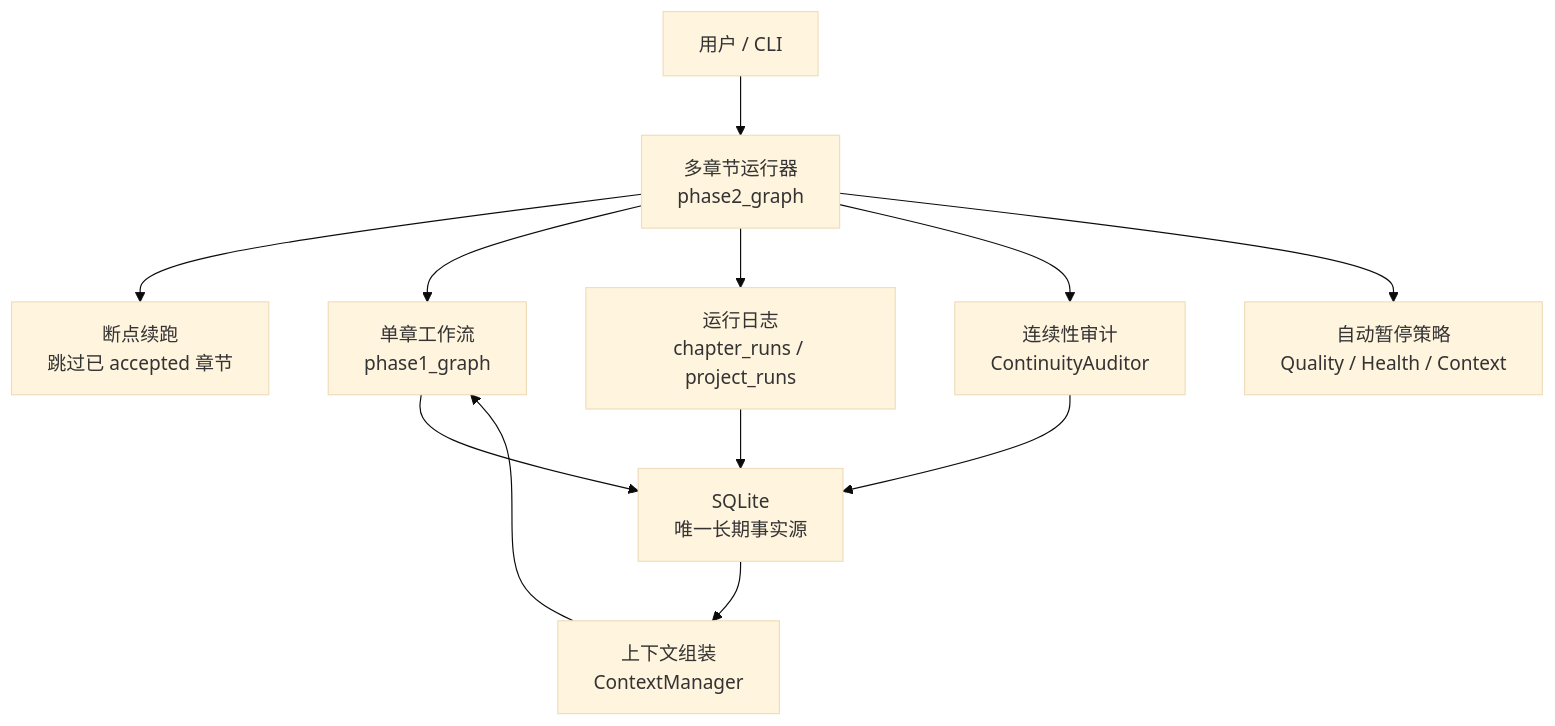
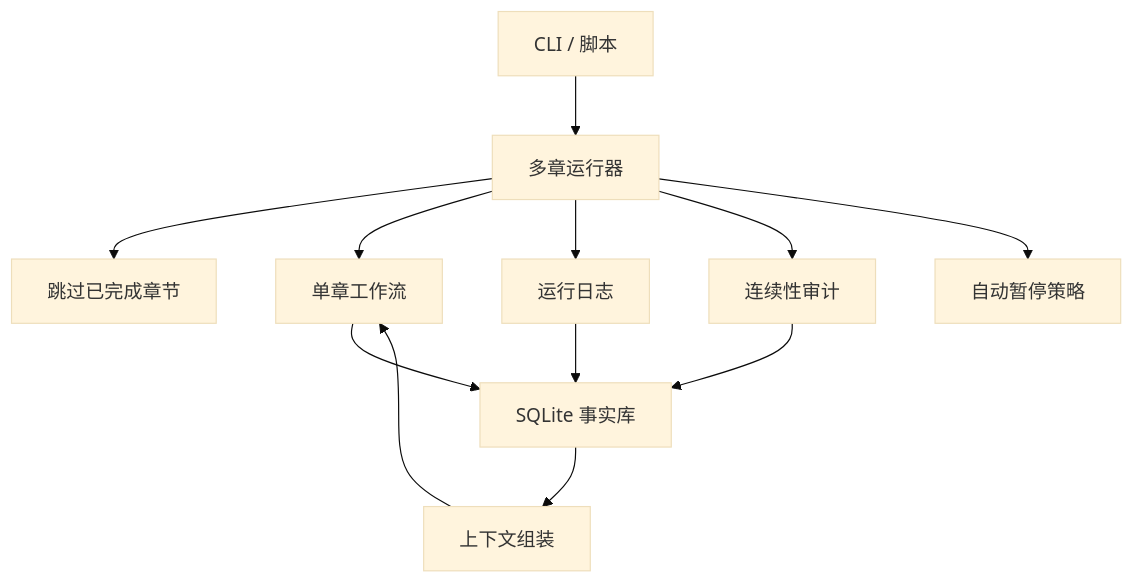
Before and after one commit to Bingtuu/Songyan: the second of 3 diagrams in README.md, drawn with Mermaid (base theme). The commit also changed other lines of this file and 27 other files, not shown here.

````diff
--- a/README.md
+++ b/README.md
@@ -91,14 +124,14 @@
 ```mermaid
 flowchart TB
-    User["用户 / CLI"] --> Runner["多章节运行器<br/>phase2_graph"]
-    Runner --> Checkpoint["断点续跑<br/>跳过已 accepted 章节"]
-    Runner --> Chapter["单章工作流<br/>phase1_graph"]
-    Runner --> RunLog["运行日志<br/>chapter_runs / project_runs"]
-    Runner --> Continuity["连续性审计<br/>ContinuityAuditor"]
-    Runner --> Halt["自动暂停策略<br/>Quality / Health / Context"]
-    Chapter --> SQLite["SQLite<br/>唯一长期事实源"]
+    CLI["CLI / 脚本"] --> Runner["多章运行器"]
+    Runner --> Skip["跳过已完成章节"]
+    Runner --> Chapter["单章工作流"]
+    Runner --> RunLog["运行日志"]
+    Runner --> Continuity["连续性审计"]
+    Runner --> Halt["自动暂停策略"]
+    Chapter --> SQLite["SQLite 事实库"]
     Continuity --> SQLite
     RunLog --> SQLite
-    SQLite --> Context["上下文组装<br/>ContextManager"]
+    SQLite --> Context["上下文组装"]
     Context --> Chapter
 ```
````
